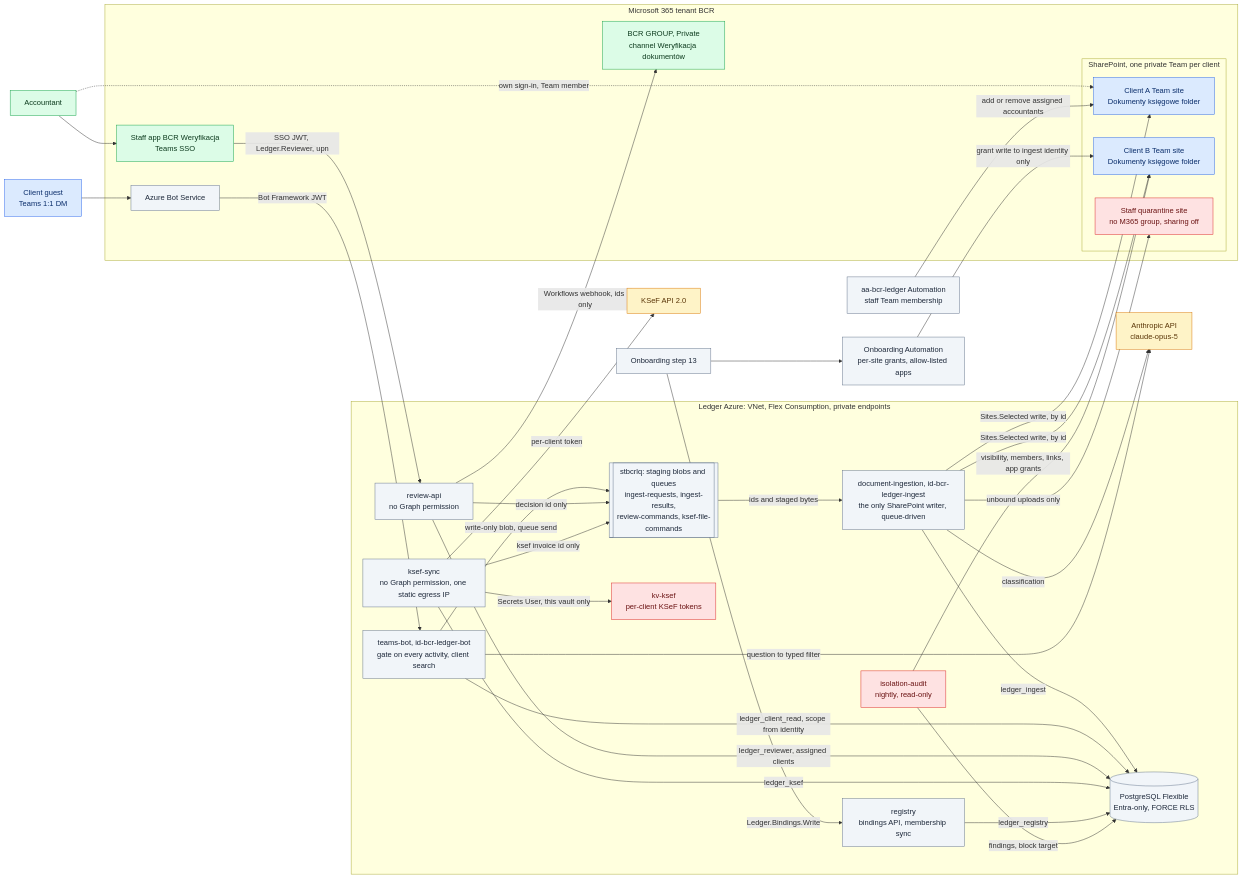
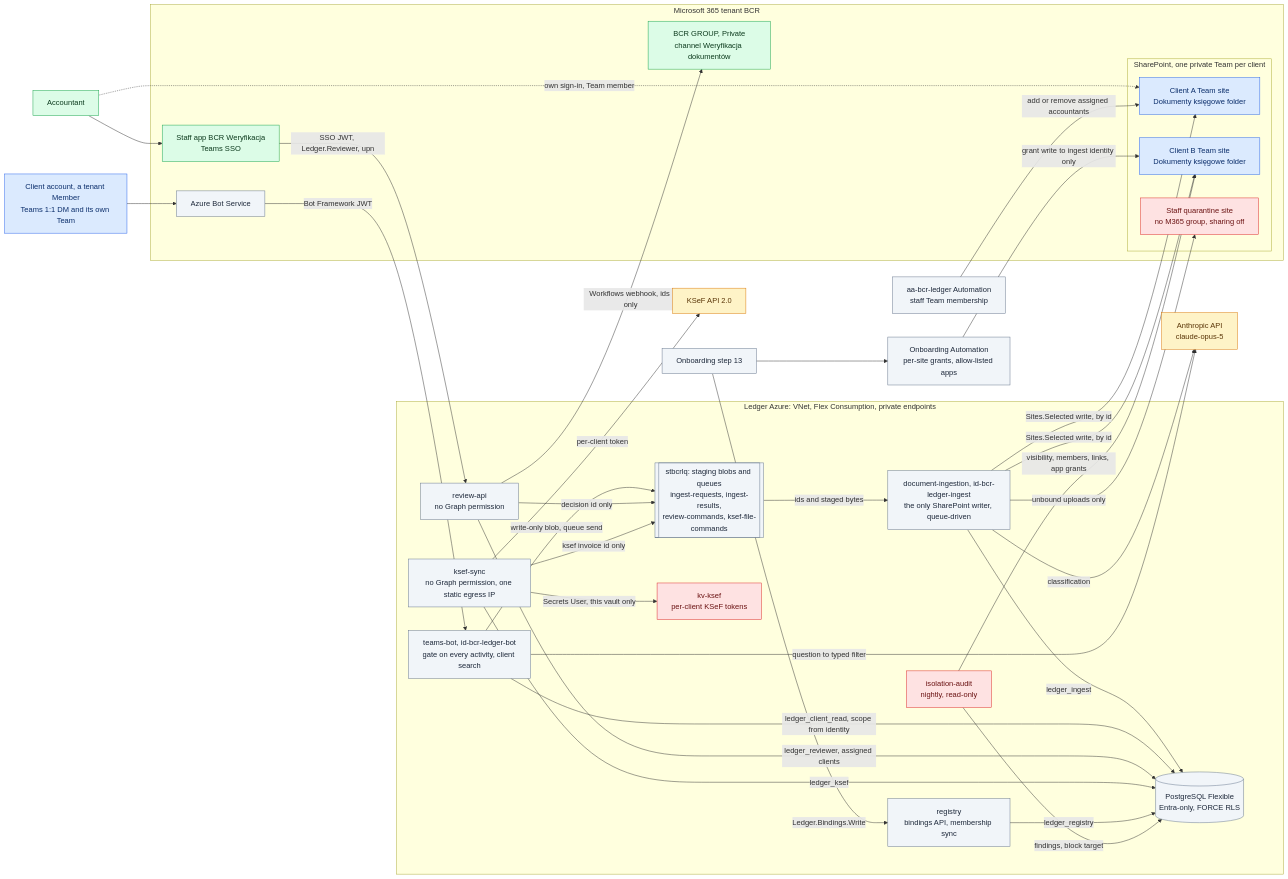
The diagram in docs/diagrams/03-target-architecture.md (cheekeebreekee/bcr-ledger-agent), drawn with Mermaid before and after one commit. The commit also changed other lines of this file and 84 other files, not shown here.

````diff
--- a/docs/diagrams/03-target-architecture.md
+++ b/docs/diagrams/03-target-architecture.md
@@ -9,65 +14,65 @@
 ```mermaid
 flowchart LR
   classDef client fill:#dbeafe,stroke:#2563eb,color:#0b2e6b
   classDef agent fill:#e0e7ff,stroke:#4f46e5,color:#221a63
   classDef staff fill:#dcfce7,stroke:#16a34a,color:#0d3b1e
   classDef system fill:#f1f5f9,stroke:#64748b,color:#1e293b
   classDef external fill:#fef3c7,stroke:#d97706,color:#5a3608
   classDef gate fill:#fee2e2,stroke:#dc2626,color:#6b1414
-  G["Client guest<br/>Teams 1:1 DM"]:::client
+  G["Client account, a tenant Member<br/>Teams 1:1 DM and its own Team"]:::client
   S["Accountant"]:::staff
   subgraph M365["Microsoft 365 tenant BCR"]
     BS["Azure Bot Service"]:::system
     TAB["Staff app BCR Weryfikacja<br/>Teams SSO"]:::staff
     CH["BCR GROUP, Private<br/>channel Weryfikacja dokumentów"]:::staff
     subgraph SPO["SharePoint, one private Team per client"]
       SPA["Client A Team site<br/>Dokumenty księgowe folder"]:::client
       SPB["Client B Team site<br/>Dokumenty księgowe folder"]:::client
       QS["Staff quarantine site<br/>no M365 group, sharing off"]:::gate
     end
   end
   subgraph VNET["Ledger Azure: VNet, Flex Consumption, private endpoints"]
     BOT["teams-bot, id-bcr-ledger-bot<br/>gate on every activity, client search"]:::system
     Q[["stbcrlq: staging blobs and queues<br/>ingest-requests, ingest-results,<br/>review-commands, ksef-file-commands"]]:::system
     ING["document-ingestion, id-bcr-ledger-ingest<br/>the only SharePoint writer, queue-driven"]:::system
     REV["review-api<br/>no Graph permission"]:::system
     KJ["ksef-sync<br/>no Graph permission, one static egress IP"]:::system
     REG["registry<br/>bindings API, membership sync"]:::system
     AUD["isolation-audit<br/>nightly, read-only"]:::gate
     PG[("PostgreSQL Flexible<br/>Entra-only, FORCE RLS")]:::system
     KVK["kv-ksef<br/>per-client KSeF tokens"]:::gate
   end
   ANT["Anthropic API<br/>claude-opus-5"]:::external
   KSEF["KSeF API 2.0"]:::external
   ONB["Onboarding step 13"]:::system
   AO["Onboarding Automation<br/>per-site grants, allow-listed apps"]:::system
   AA["aa-bcr-ledger Automation<br/>staff Team membership"]:::system
   G --> BS
   BS -->|"Bot Framework JWT"| BOT
   BOT -->|"write-only blob, queue send"| Q
   Q -->|"ids and staged bytes"| ING
   ING -->|"Sites.Selected write, by id"| SPA
   ING -->|"Sites.Selected write, by id"| SPB
   ING -->|"unbound uploads only"| QS
   ING -->|"classification"| ANT
   ING -->|"ledger_ingest"| PG
   BOT -->|"ledger_client_read, scope from identity"| PG
   BOT -->|"question to typed filter"| ANT
   S --> TAB
   TAB -->|"SSO JWT, Ledger.Reviewer, upn"| REV
   REV -->|"ledger_reviewer, assigned clients"| PG
   REV -->|"decision id only"| Q
   REV -->|"Workflows webhook, ids only"| CH
   S -.->|"own sign-in, Team member"| SPA
   KJ -->|"Secrets User, this vault only"| KVK
   KJ -->|"per-client token"| KSEF
   KJ -->|"ledger_ksef"| PG
   KJ -->|"ksef invoice id only"| Q
   ONB -->|"Ledger.Bindings.Write"| REG
   REG -->|"ledger_registry"| PG
   ONB --> AO
   AO -->|"grant write to ingest identity only"| SPB
   AA -->|"add or remove assigned accountants"| SPA
   AUD -->|"visibility, members, links, app grants"| SPB
   AUD -->|"findings, block target"| PG
 ```
````
